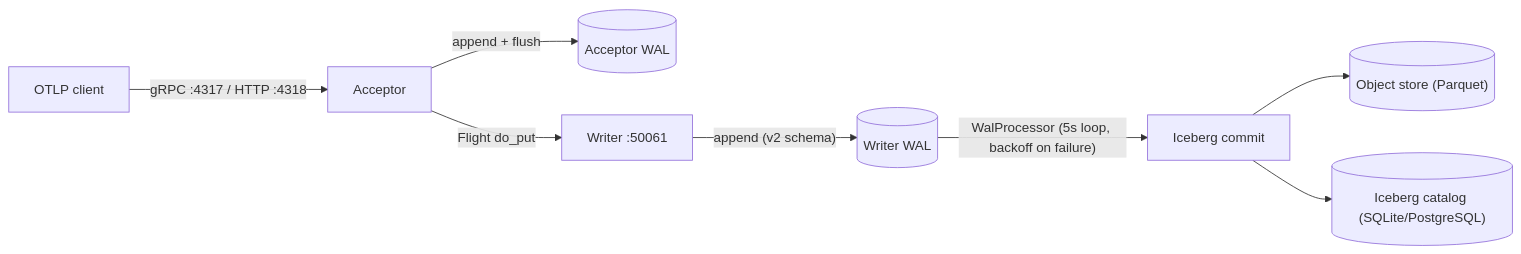
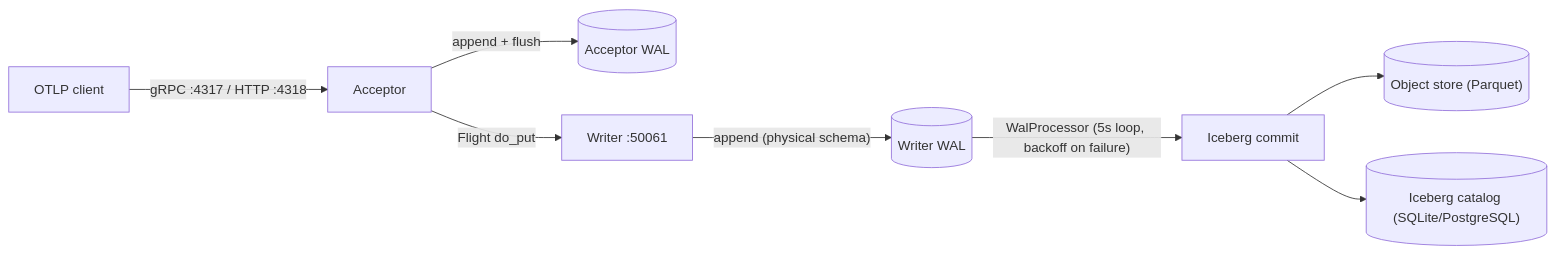
One commit to cedricziel/signaldb changed the first of 2 diagrams in docs/architecture/overview.md. Above: the diagram before and after it, drawn with Mermaid. The commit also changed other lines of this file, not shown here.

First line of the commit message:
docs(architecture): fix stale physical versions and writer transform in overview

````diff
--- a/docs/architecture/overview.md
+++ b/docs/architecture/overview.md
@@ -120,10 +120,10 @@
 ```mermaid
 flowchart LR
     Client["OTLP client"] -->|"gRPC :4317 / HTTP :4318"| Acceptor
     Acceptor -->|"append + flush"| AWal[("Acceptor WAL")]
     Acceptor -->|"Flight do_put"| Writer["Writer :50061"]
-    Writer -->|"append (v2 schema)"| WWal[("Writer WAL")]
+    Writer -->|"append (physical schema)"| WWal[("Writer WAL")]
     WWal -->|"WalProcessor (5s loop, backoff on failure)"| Iceberg["Iceberg commit"]
     Iceberg --> Store[("Object store (Parquet)")]
     Iceberg --> Cat[("Iceberg catalog (SQLite/PostgreSQL)")]
 ```
````
